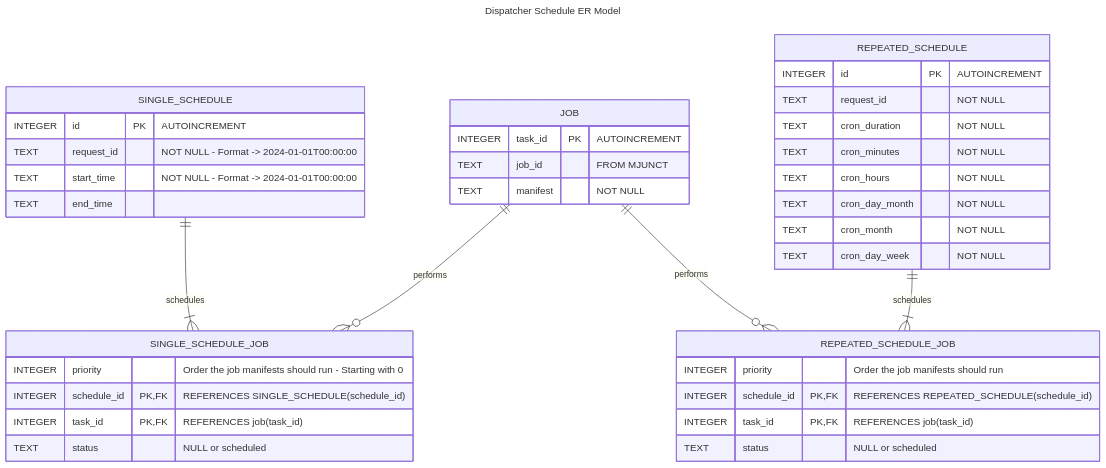
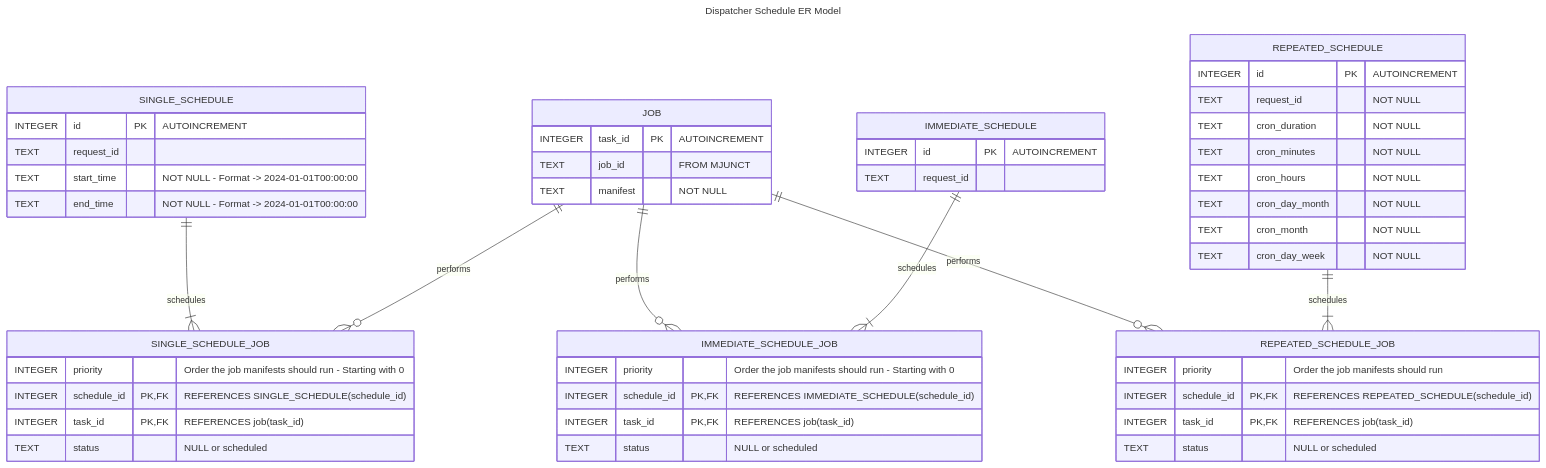
Before and after one commit to intel/intel-inb-manageability: the diagram in docs/Dispatcher Scheduling DB Design.md, drawn with Mermaid. The commit also changed other lines of this file and 38 other files, not shown here.

````diff
--- a/docs/Dispatcher Scheduling DB Design.md
+++ b/docs/Dispatcher Scheduling DB Design.md
@@ -24,51 +24,65 @@
 ```mermaid
 ---
 
 title: Dispatcher Schedule ER Model
 
 ---
 
 erDiagram
     SINGLE_SCHEDULE ||--|{ SINGLE_SCHEDULE_JOB : schedules
     SINGLE_SCHEDULE_JOB {
         INTEGER priority "Order the job manifests should run - Starting with 0"
         INTEGER schedule_id PK,FK "REFERENCES SINGLE_SCHEDULE(schedule_id)"
         INTEGER task_id PK,FK "REFERENCES job(task_id)"
         TEXT status "NULL or scheduled"
     }
 
+    IMMEDIATE_SCHEDULE {
+        INTEGER id PK "AUTOINCREMENT"
+        TEXT request_id 
+    }
+
     SINGLE_SCHEDULE {
         INTEGER id PK "AUTOINCREMENT"
-        TEXT request_id "NOT NULL - Format -> 2024-01-01T00:00:00"
+        TEXT request_id 
         TEXT start_time "NOT NULL - Format -> 2024-01-01T00:00:00"
-        TEXT end_time
+        TEXT end_time "NOT NULL - Format -> 2024-01-01T00:00:00"
     }
     JOB ||--o{ SINGLE_SCHEDULE_JOB: performs
     JOB ||--o{ REPEATED_SCHEDULE_JOB : performs
+    JOB ||--o{ IMMEDIATE_SCHEDULE_JOB :performs
 
     JOB {
         INTEGER task_id PK "AUTOINCREMENT"
         TEXT job_id "FROM MJUNCT"
         TEXT manifest "NOT NULL"
     }  
     
+    IMMEDIATE_SCHEDULE ||--|{ IMMEDIATE_SCHEDULE_JOB : schedules
+    IMMEDIATE_SCHEDULE_JOB {
+        INTEGER priority "Order the job manifests should run - Starting with 0"
+        INTEGER schedule_id PK,FK "REFERENCES IMMEDIATE_SCHEDULE(schedule_id)"
+        INTEGER task_id PK,FK "REFERENCES job(task_id)"
+        TEXT status "NULL or scheduled"
+    }
+
     REPEATED_SCHEDULE ||--|{ REPEATED_SCHEDULE_JOB : schedules
     REPEATED_SCHEDULE_JOB {
         INTEGER priority "Order the job manifests should run"
         INTEGER schedule_id PK,FK "REFERENCES REPEATED_SCHEDULE(schedule_id)"
         INTEGER task_id PK,FK "REFERENCES job(task_id)"
         TEXT status "NULL or scheduled"
     }
 
     REPEATED_SCHEDULE {
         INTEGER id PK "AUTOINCREMENT"
         TEXT request_id "NOT NULL"
         TEXT cron_duration "NOT NULL"
         TEXT cron_minutes "NOT NULL"
         TEXT cron_hours "NOT NULL"
         TEXT cron_day_month "NOT NULL"
         TEXT cron_month "NOT NULL"
         TEXT cron_day_week "NOT NULL"
     }
     
 ```
````
